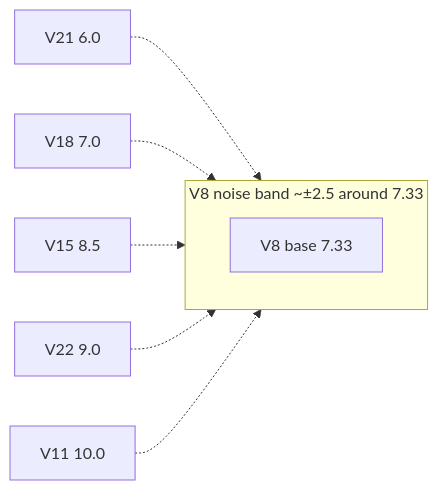
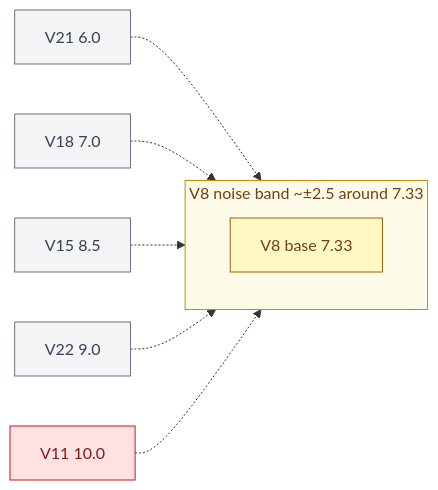
One commit to khaosans/noisegate-gemma4-factory changed the fifth of 7 diagrams in docs/wiki/Architecture.md. Above: the diagram before and after it, drawn with Mermaid. The commit also changed other lines of this file and 7 other files, not shown here.

First line of the commit message:
release: v1.0.0-beta.1 + Mermaid color legends

````diff
--- a/docs/wiki/Architecture.md
+++ b/docs/wiki/Architecture.md
@@ -105,11 +146,19 @@
 ```mermaid
 flowchart LR
   subgraph Band["V8 noise band ~±2.5 around 7.33"]
     V8[V8 base 7.33]
   end
   V21[V21 6.0] -.-> Band
   V18[V18 7.0] -.-> Band
   V15[V15 8.5] -.-> Band
   V22[V22 9.0] -.-> Band
   V11[V11 10.0] -.-> Band
+
+  classDef noise fill:#FEF9C3,stroke:#A16207,color:#713F12
+  classDef inside fill:#F3F4F6,stroke:#6B7280,color:#374151
+  classDef falsepos fill:#FEE2E2,stroke:#B91C1C,color:#7F1D1D
+  class V8 noise
+  class V21,V18,V15,V22 inside
+  class V11 falsepos
+  style Band fill:#FEFCE8,stroke:#CA8A04,color:#713F12
 ```
````
